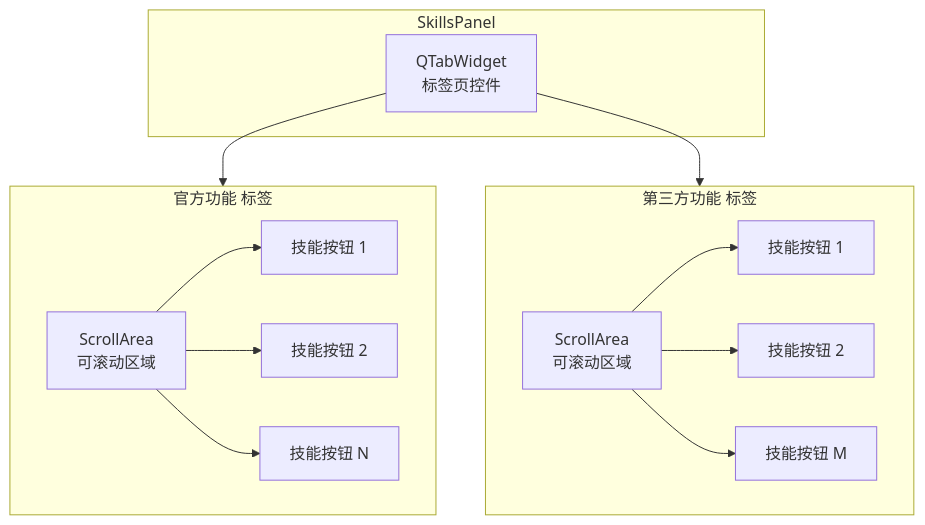
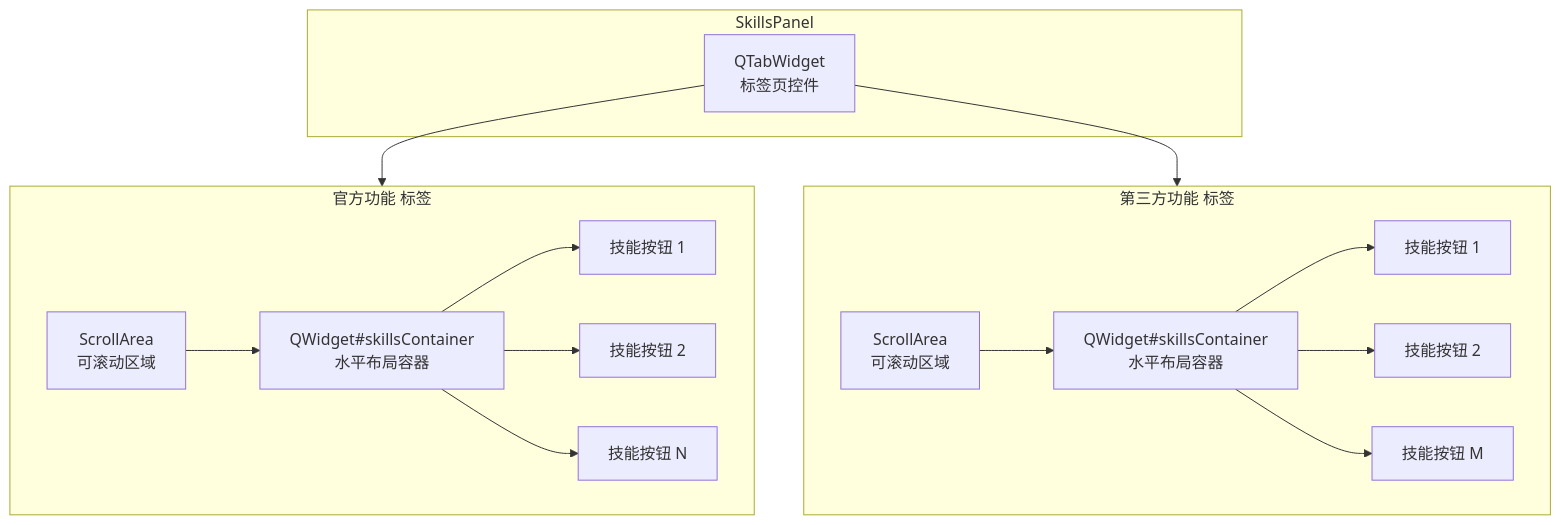
Before and after one commit to KKPIP-Tech/InstructionX: the diagram in docs/ui/skills-panel.md, drawn with Mermaid. The commit also changed other lines of this file and 9 other files, not shown here.

````diff
--- a/docs/ui/skills-panel.md
+++ b/docs/ui/skills-panel.md
@@ -17,29 +17,33 @@
 ```mermaid
 graph TB
     subgraph SkillsPanel [SkillsPanel]
         TW[QTabWidget<br/>标签页控件]
     end
 
     subgraph Tab1 [官方功能 标签]
         SA1[ScrollArea<br/>可滚动区域]
+        CT1["QWidget#skillsContainer<br/>水平布局容器"]
         B1[技能按钮 1]
         B2[技能按钮 2]
         B3[技能按钮 N]
-        SA1 --> B1
-        SA1 --> B2
-        SA1 --> B3
+        SA1 --> CT1
+        CT1 --> B1
+        CT1 --> B2
+        CT1 --> B3
     end
 
     subgraph Tab2 [第三方功能 标签]
         SA2[ScrollArea<br/>可滚动区域]
+        CT2["QWidget#skillsContainer<br/>水平布局容器"]
         C1[技能按钮 1]
         C2[技能按钮 2]
         C3[技能按钮 M]
-        SA2 --> C1
-        SA2 --> C2
-        SA2 --> C3
+        SA2 --> CT2
+        CT2 --> C1
+        CT2 --> C2
+        CT2 --> C3
     end
 
     TW --> Tab1
     TW --> Tab2
 ```
````
